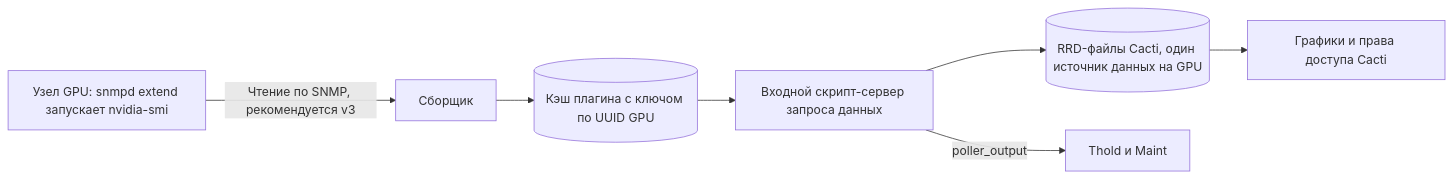
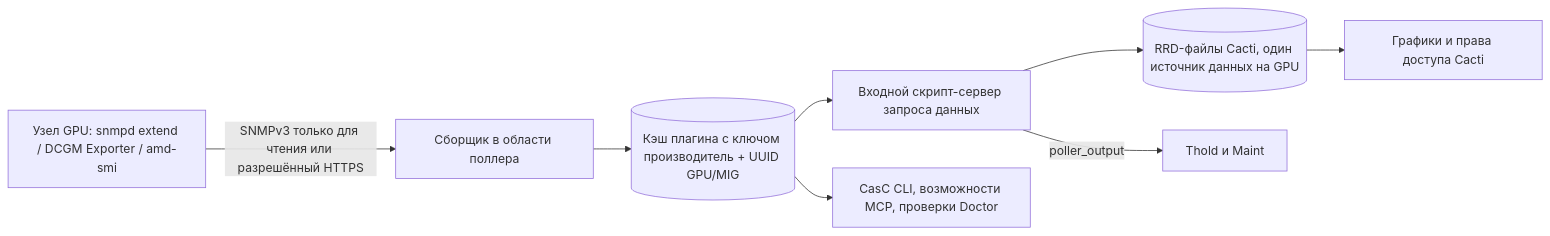
The diagram in docs/i18n/ru-RU/README.md (somethingwithproof/plugin_gpu), drawn with Mermaid before and after one commit. The commit also changed other lines of this file and 47 other files, not shown here.

````diff
--- a/docs/i18n/ru-RU/README.md
+++ b/docs/i18n/ru-RU/README.md
@@ -114,9 +114,10 @@
 ```mermaid
 flowchart LR
-    NODE["Узел GPU: snmpd extend запускает nvidia-smi"] -->|Чтение по SNMP, рекомендуется v3| C["Сборщик"]
-    C --> CACHE[("Кэш плагина с ключом по UUID GPU")]
+    NODE["Узел GPU: snmpd extend / DCGM Exporter / amd-smi"] -->|SNMPv3 только для чтения или разрешённый HTTPS| C["Сборщик в области поллера"]
+    C --> CACHE[("Кэш плагина с ключом производитель + UUID GPU/MIG")]
     CACHE --> SS["Входной скрипт-сервер запроса данных"]
+    CACHE --> ECO["CasC CLI, возможности MCP, проверки Doctor"]
     SS --> RRD[("RRD-файлы Cacti, один источник данных на GPU")]
     SS -->|poller_output| T["Thold и Maint"]
     RRD --> G["Графики и права доступа Cacti"]
 ```
````
